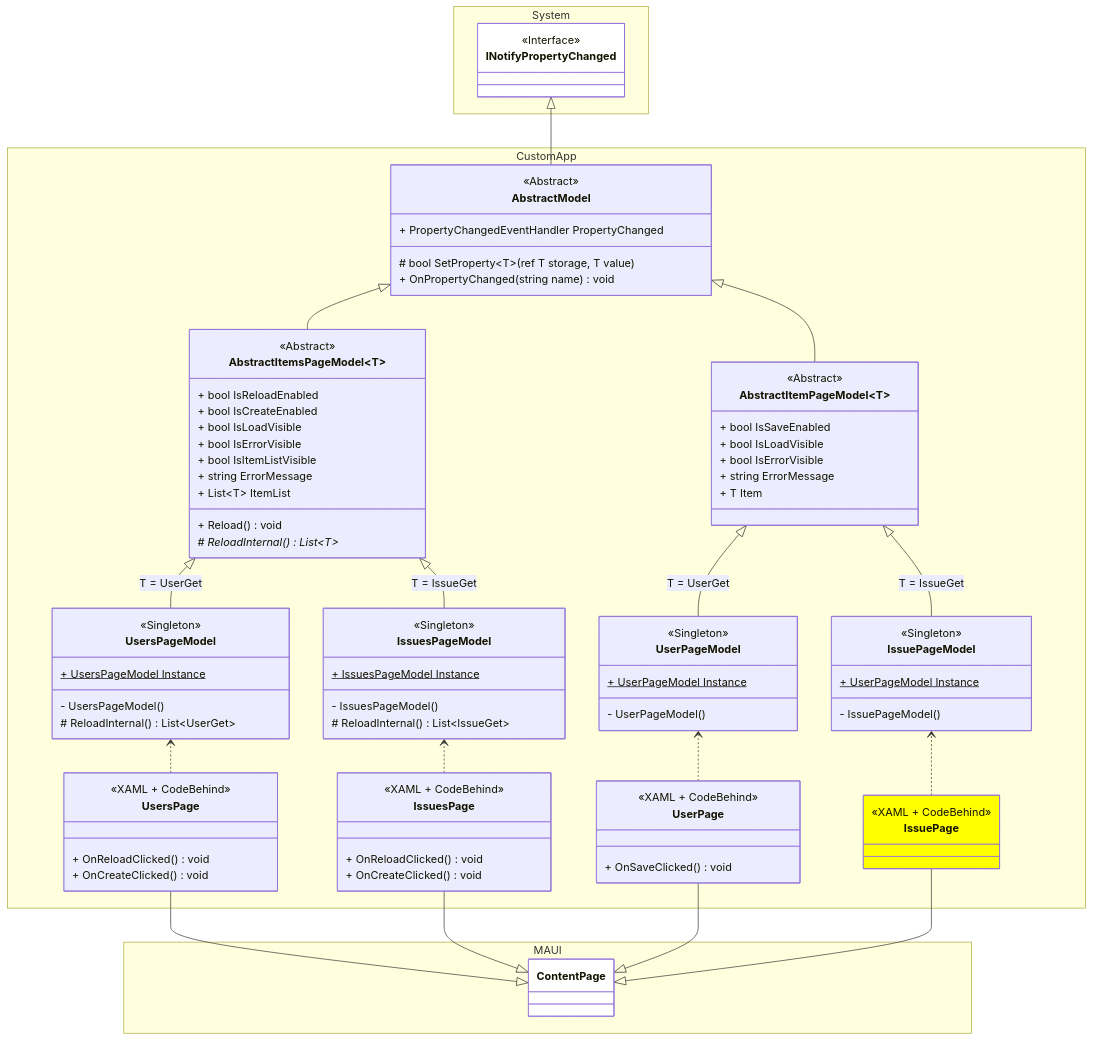
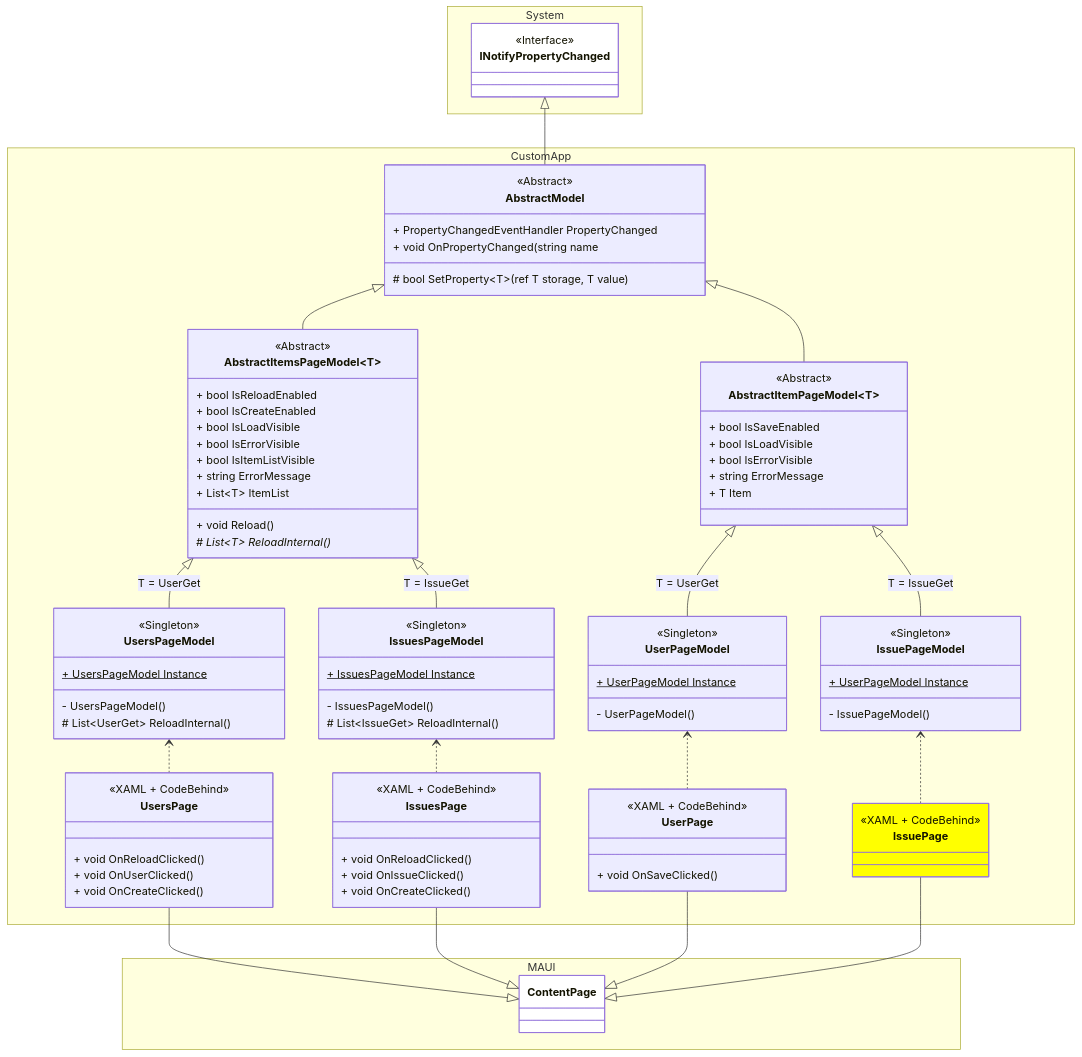
One commit to ghackenberg/csharp-maui-aspnet-sample changed the diagram in Models/Page/Issue.mmd. Above: the diagram before and after it, drawn with Mermaid. The commit also changed 40 other files, not shown here.

```diff
--- a/Models/Page/Issue.mmd
+++ b/Models/Page/Issue.mmd
@@ -1,118 +1,119 @@
 classDiagram
 
     direction BT
 
     namespace MAUI {
         class ContentPage {
 
         }
     }
 
     namespace CustomApp {
         
         class UsersPage {
             <<XAML + CodeBehind>>
-            + OnReloadClicked() void
-            + OnCreateClicked() void
+            + void OnReloadClicked()
+            + void OnUserClicked()
+            + void OnCreateClicked()
         }
         class IssuesPage {
             <<XAML + CodeBehind>>
-            + OnReloadClicked() void
-            + OnCreateClicked() void
+            + void OnReloadClicked()
+            + void OnIssueClicked()
+            + void OnCreateClicked()
         }
         class UserPage {
             <<XAML + CodeBehind>>
-            + OnSaveClicked() void
+            + void OnSaveClicked()
         }
         class IssuePage {
             <<XAML + CodeBehind>>
-
         }
 
         class UsersPageModel {
             <<Singleton>>
             + UsersPageModel Instance $
             - UsersPageModel()
-            # ReloadInternal() List~UserGet~
+            # List~UserGet~ ReloadInternal()
         }
         class IssuesPageModel {
             <<Singleton>>
             + IssuesPageModel Instance $
             - IssuesPageModel()
-            # ReloadInternal() List~IssueGet~
+            # List~IssueGet~ ReloadInternal()
         }
 
         class UserPageModel {
             <<Singleton>>
             + UserPageModel Instance $
             - UserPageModel()
         }
         class IssuePageModel {
             <<Singleton>>
             + UserPageModel Instance $
             - IssuePageModel()
         }
 
         class AbstractItemsPageModel~T~ {
             <<Abstract>>
             + bool IsReloadEnabled
             + bool IsCreateEnabled
             + bool IsLoadVisible
             + bool IsErrorVisible
             + bool IsItemListVisible
             + string ErrorMessage
             + List~T~ ItemList
-            + Reload() void
-            # ReloadInternal() List~T~ *
+            + void Reload()
+            # List~T~ ReloadInternal() *
         }
         class AbstractItemPageModel~T~ {
             <<Abstract>>
             + bool IsSaveEnabled
             + bool IsLoadVisible
             + bool IsErrorVisible
             + string ErrorMessage
             + T Item
         }
 
         class AbstractModel {
             <<Abstract>>
             + PropertyChangedEventHandler PropertyChanged
             # bool SetProperty~T~(ref T storage, T value)
-            + OnPropertyChanged(string name) void
+            + void OnPropertyChanged(string name
         }
 
     }
 
     namespace System {
         
         class INotifyPropertyChanged {
             <<Interface>>
         }
 
     }
 
     ContentPage <|-- UsersPage
     ContentPage <|-- UserPage
     ContentPage <|-- IssuesPage
     ContentPage <|-- IssuePage
 
     UsersPage ..> UsersPageModel
     IssuesPage ..> IssuesPageModel
 
     UserPage ..> UserPageModel 
     IssuePage ..> IssuePageModel
 
     UsersPageModel --|> AbstractItemsPageModel : T = UserGet
     IssuesPageModel --|> AbstractItemsPageModel : T = IssueGet
 
     UserPageModel --|> AbstractItemPageModel : T = UserGet
     IssuePageModel --|> AbstractItemPageModel : T = IssueGet
 
     AbstractItemsPageModel --|> AbstractModel
     AbstractItemPageModel --|> AbstractModel
 
     AbstractModel --|> INotifyPropertyChanged
 
     style ContentPage fill:white
     style IssuePage fill:yellow
     style INotifyPropertyChanged fill:white
```
